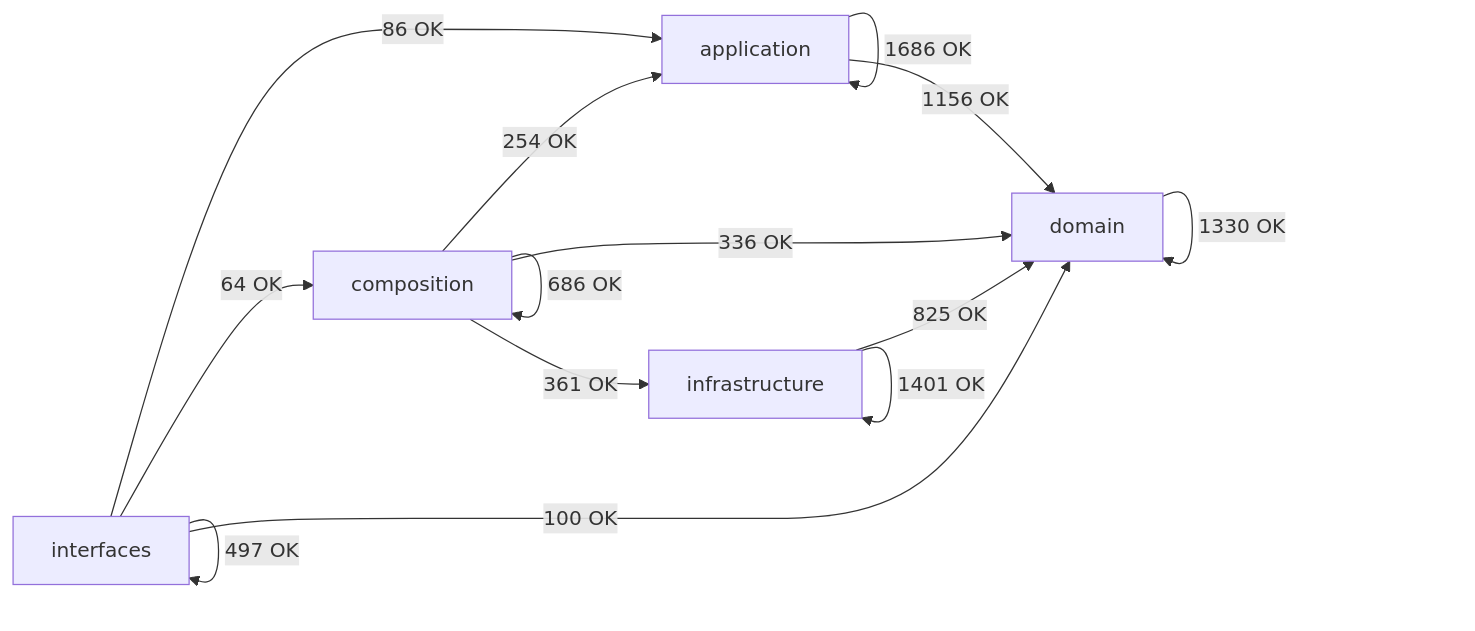
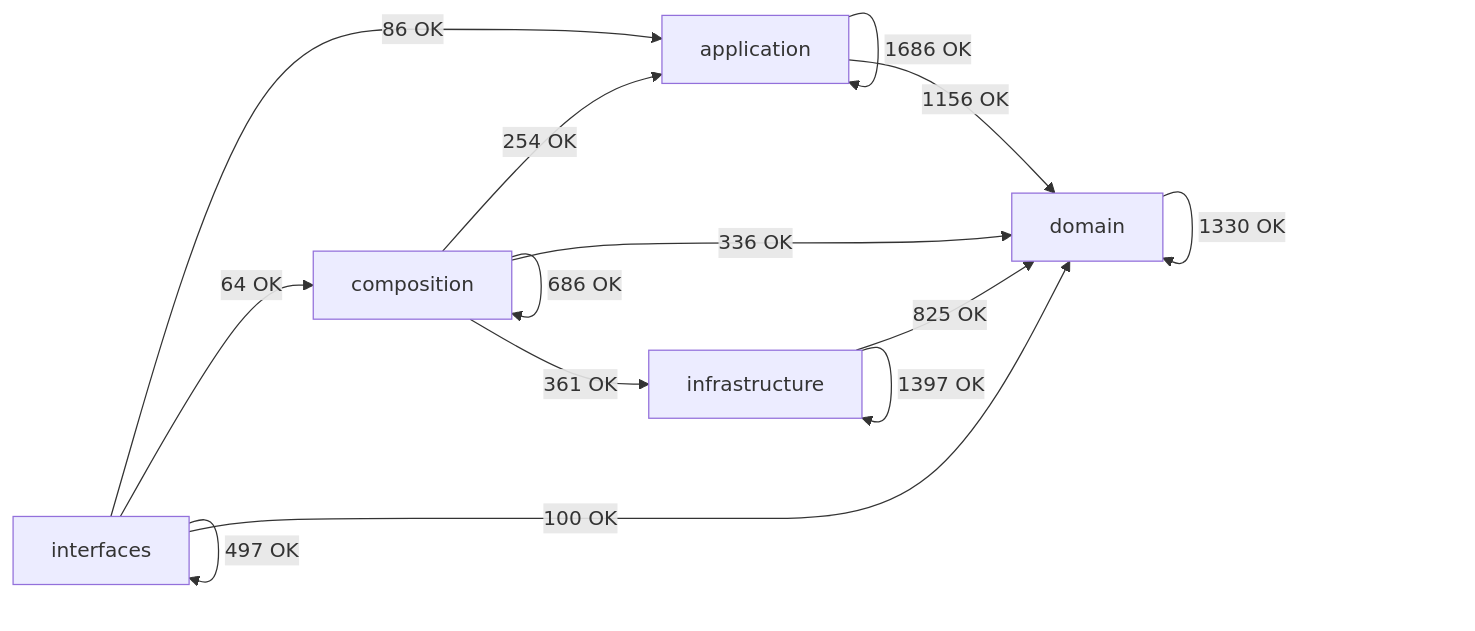
The diagram in docs/02-architecture/generated/module-dependency-map.md (SatoryKono/BioactivityDataAcquisition), drawn with Mermaid before and after one commit. The commit also changed other lines of this file and 1 other file, not shown here.

First line of the commit message:
docs(architecture): refresh dependency map after eligibility move

````diff
--- a/docs/02-architecture/generated/module-dependency-map.md
+++ b/docs/02-architecture/generated/module-dependency-map.md
@@ -17,21 +17,21 @@
 ```mermaid
 flowchart LR
     domain[domain]
     application[application]
     infrastructure[infrastructure]
     composition[composition]
     interfaces[interfaces]
     application -->|1686 OK| application
     application -->|1156 OK| domain
     composition -->|254 OK| application
     composition -->|686 OK| composition
     composition -->|336 OK| domain
     composition -->|361 OK| infrastructure
     domain -->|1330 OK| domain
     infrastructure -->|825 OK| domain
-    infrastructure -->|1401 OK| infrastructure
+    infrastructure -->|1397 OK| infrastructure
     interfaces -->|86 OK| application
     interfaces -->|64 OK| composition
     interfaces -->|100 OK| domain
     interfaces -->|497 OK| interfaces
 ```
````
